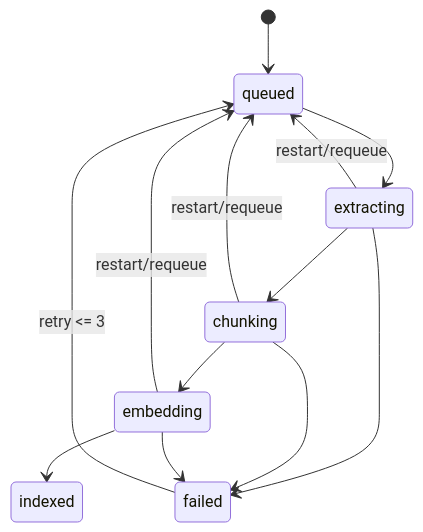
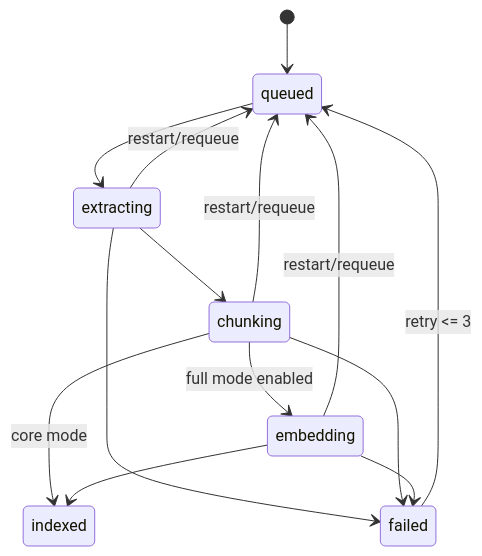
The first of 2 diagrams in docs/architecture/04-indexing-pipeline.md (ryantr-statinops/InfoBoard), drawn with Mermaid before and after one commit. The commit also changed other lines of this file and 10 other files, not shown here.

Commit message:
docs(architecture): establish canonical interface contracts

````diff
--- a/docs/architecture/04-indexing-pipeline.md
+++ b/docs/architecture/04-indexing-pipeline.md
@@ -9,15 +9,16 @@
 ```mermaid
 stateDiagram-v2
     [*] --> queued
     queued --> extracting
     extracting --> chunking
-    chunking --> embedding
+    chunking --> indexed: core mode
+    chunking --> embedding: full mode enabled
     embedding --> indexed
     extracting --> failed
     chunking --> failed
     embedding --> failed
     failed --> queued: retry <= 3
     extracting --> queued: restart/requeue
     chunking --> queued: restart/requeue
     embedding --> queued: restart/requeue
 ```
````
